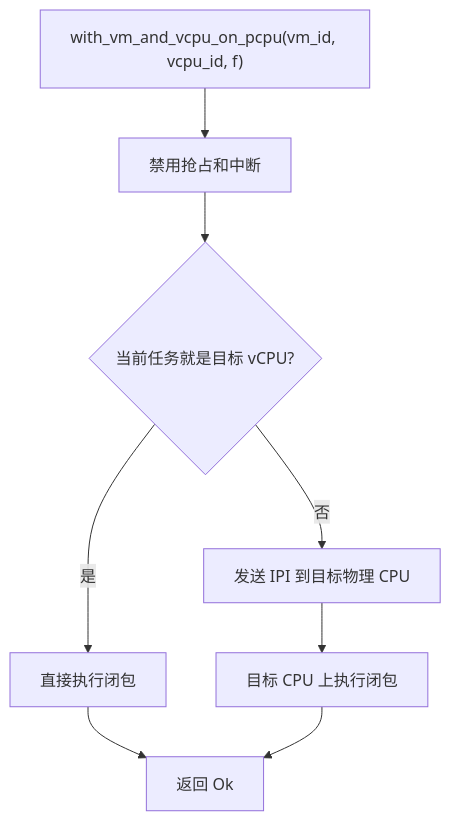
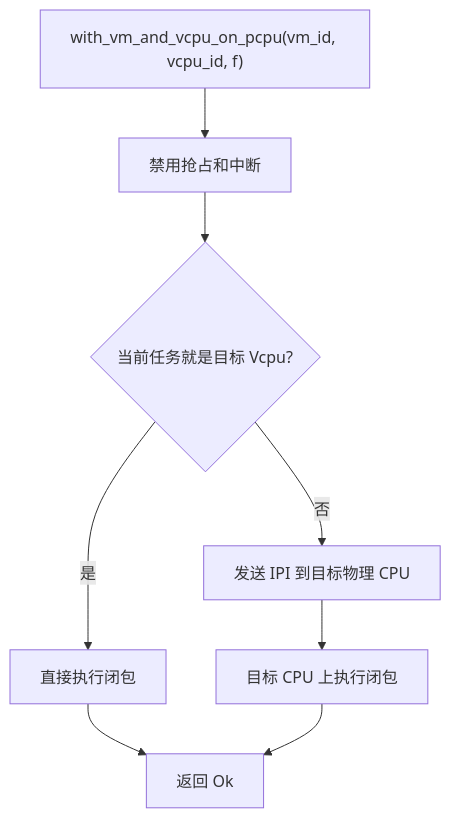
One commit to arceos-hypervisor/axvisorbook changed the tenth of 14 diagrams in docs/design/guest/manager/vm-list.md. Above: the diagram before and after it, drawn with Mermaid. The commit also changed other lines of this file and 6 other files, not shown here.

````diff
--- a/docs/design/guest/manager/vm-list.md
+++ b/docs/design/guest/manager/vm-list.md
@@ -428,13 +428,13 @@
 ```mermaid
 flowchart TB
     START["with_vm_and_vcpu_on_pcpu(vm_id, vcpu_id, f)"]
     START --> GUARD["禁用抢占和中断"]
-    GUARD --> CHECK{"当前任务就是目标 vCPU?"}
+    GUARD --> CHECK{"当前任务就是目标 Vcpu?"}
 
     CHECK -->|是| DIRECT["直接执行闭包"]
     CHECK -->|否| IPI["发送 IPI 到目标物理 CPU"]
 
     DIRECT --> DONE["返回 Ok"]
     IPI --> REMOTE["目标 CPU 上执行闭包"]
     REMOTE --> DONE
 ```
````
